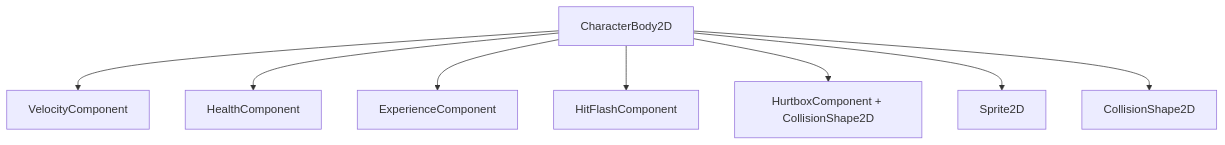
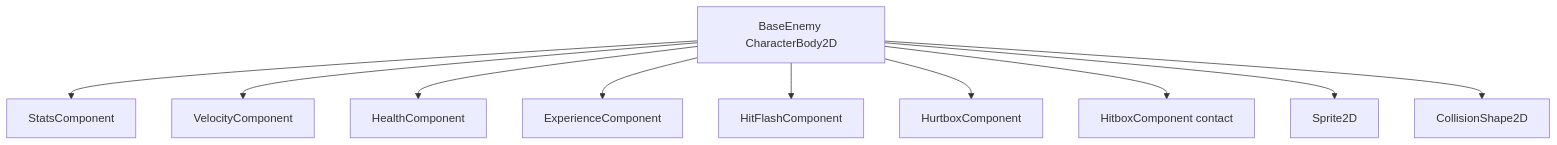
The diagram in docs/components.md (marcosewbank/runebound), drawn with Mermaid before and after one commit. The commit also changed other lines of this file and 99 other files, not shown here.

````diff
--- a/docs/components.md
+++ b/docs/components.md
@@ -9,11 +9,13 @@
 ```mermaid
 graph TB
-    Enemy[CharacterBody2D]
+    Enemy[BaseEnemy CharacterBody2D]
+    Enemy --> SC[StatsComponent]
     Enemy --> VC[VelocityComponent]
     Enemy --> HC[HealthComponent]
     Enemy --> EC[ExperienceComponent]
     Enemy --> HFC[HitFlashComponent]
-    Enemy --> Hurt[HurtboxComponent + CollisionShape2D]
+    Enemy --> Hurt[HurtboxComponent]
+    Enemy --> Hit[HitboxComponent contact]
     Enemy --> Sprite[Sprite2D]
     Enemy --> BodyCol[CollisionShape2D]
 ```
````
